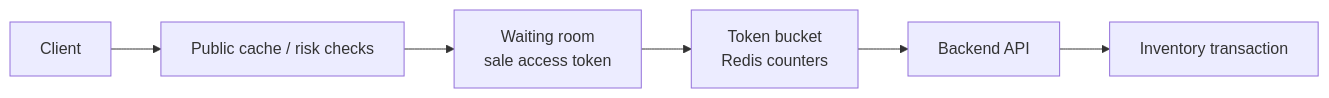
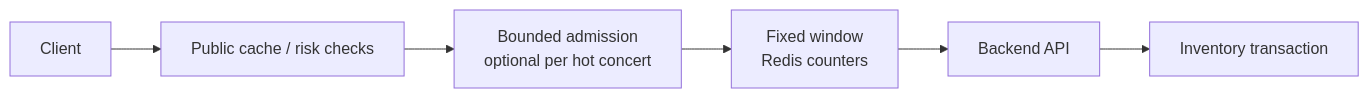
The first of 8 diagrams in blueprint/07-protection-mechanisms.md (Toanapr/ticket-box), drawn with Mermaid before and after one commit. The commit also changed other lines of this file and 24 other files, not shown here.

````diff
--- a/blueprint/07-protection-mechanisms.md
+++ b/blueprint/07-protection-mechanisms.md
@@ -42,8 +42,8 @@
 ```mermaid
 flowchart LR
     Client["Client"] --> Edge["Public cache / risk checks"]
-    Edge --> Queue["Waiting room<br/>sale access token"]
-    Queue --> RateLimit["Token bucket<br/>Redis counters"]
+    Edge --> Admission["Bounded admission<br/>optional per hot concert"]
+    Admission --> RateLimit["Fixed window<br/>Redis counters"]
     RateLimit --> API["Backend API"]
     API --> Inventory["Inventory transaction"]
 ```
````
